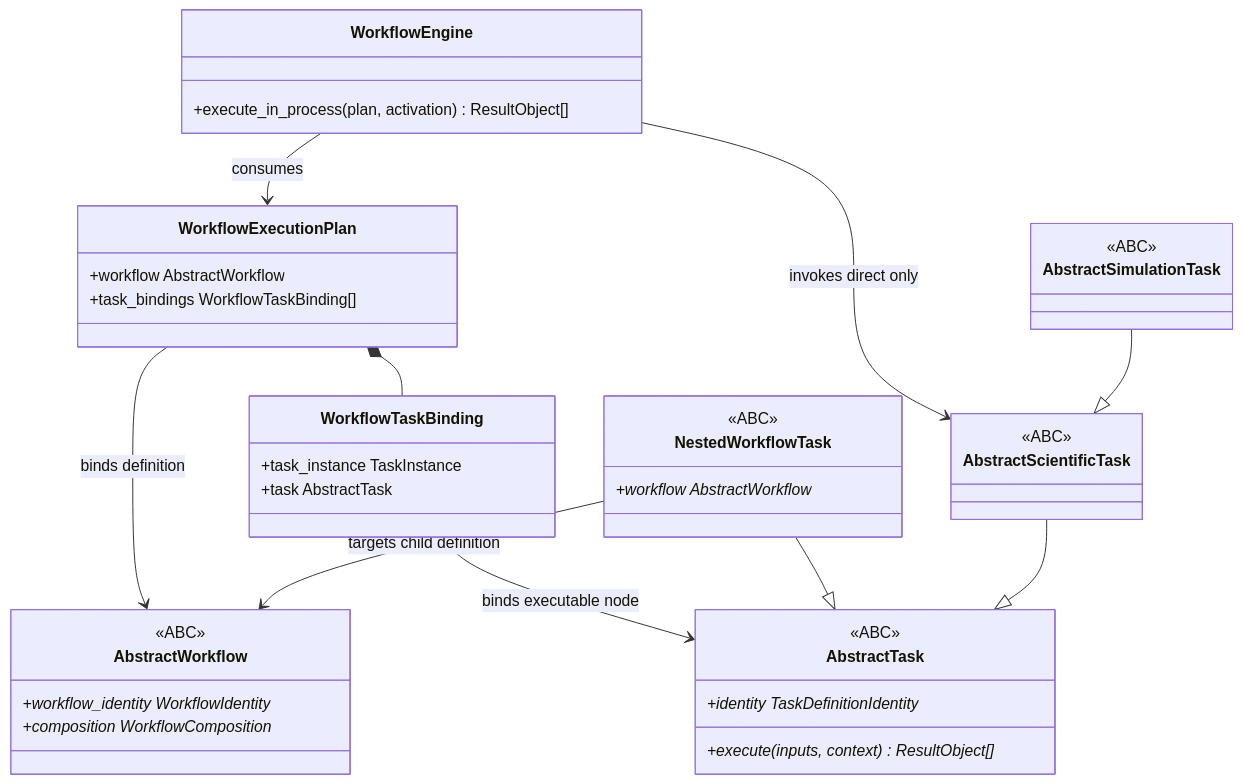
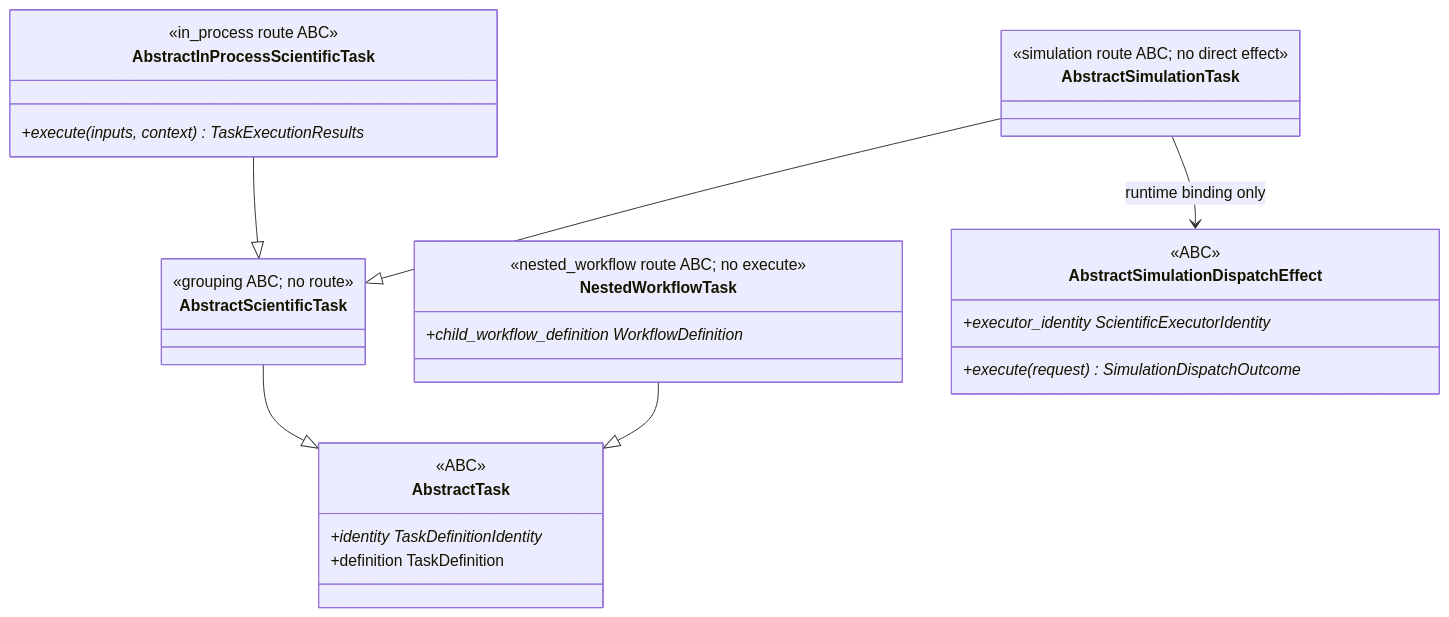
One commit to eragasa/ksdft2effmass changed the second of 9 diagrams in docs/architecture/v2/ksdft2effmass/workflow/schematic.md. Above: the diagram before and after it, drawn with Mermaid. The commit also changed other lines of this file and 94 other files, not shown here.

Commit message:
docs(architecture): close nominal ABC migration gate

````diff
--- a/docs/architecture/v2/ksdft2effmass/workflow/schematic.md
+++ b/docs/architecture/v2/ksdft2effmass/workflow/schematic.md
@@ -5,44 +34,33 @@
 ```mermaid
 classDiagram
     class AbstractTask {
         <<ABC>>
         +identity TaskDefinitionIdentity*
-        +execute(inputs, context) ResultObject[]*
+        +definition TaskDefinition
     }
     class AbstractScientificTask {
-        <<ABC>>
+        <<grouping ABC; no route>>
+    }
+    class AbstractInProcessScientificTask {
+        <<in_process route ABC>>
+        +execute(inputs, context) TaskExecutionResults*
     }
     class AbstractSimulationTask {
-        <<ABC>>
-    }
-    class AbstractWorkflow {
-        <<ABC>>
-        +workflow_identity WorkflowIdentity*
-        +composition WorkflowComposition*
+        <<simulation route ABC; no direct effect>>
     }
     class NestedWorkflowTask {
+        <<nested_workflow route ABC; no execute>>
+        +child_workflow_definition WorkflowDefinition*
+    }
+    class AbstractSimulationDispatchEffect {
         <<ABC>>
-        +workflow AbstractWorkflow*
-    }
-    class WorkflowTaskBinding {
-        +task_instance TaskInstance
-        +task AbstractTask
-    }
-    class WorkflowExecutionPlan {
-        +workflow AbstractWorkflow
-        +task_bindings WorkflowTaskBinding[]
-    }
-    class WorkflowEngine {
-        +execute_in_process(plan, activation) ResultObject[]
+        +executor_identity ScientificExecutorIdentity*
+        +execute(request) SimulationDispatchOutcome*
     }
 
     AbstractScientificTask --|> AbstractTask
+    AbstractInProcessScientificTask --|> AbstractScientificTask
     AbstractSimulationTask --|> AbstractScientificTask
     NestedWorkflowTask --|> AbstractTask
-    NestedWorkflowTask --> AbstractWorkflow : targets child definition
-    WorkflowTaskBinding --> AbstractTask : binds executable node
-    WorkflowExecutionPlan --> AbstractWorkflow : binds definition
-    WorkflowExecutionPlan *-- WorkflowTaskBinding
-    WorkflowEngine --> WorkflowExecutionPlan : consumes
-    WorkflowEngine --> AbstractScientificTask : invokes direct only
+    AbstractSimulationTask --> AbstractSimulationDispatchEffect : runtime binding only
 ```
````
